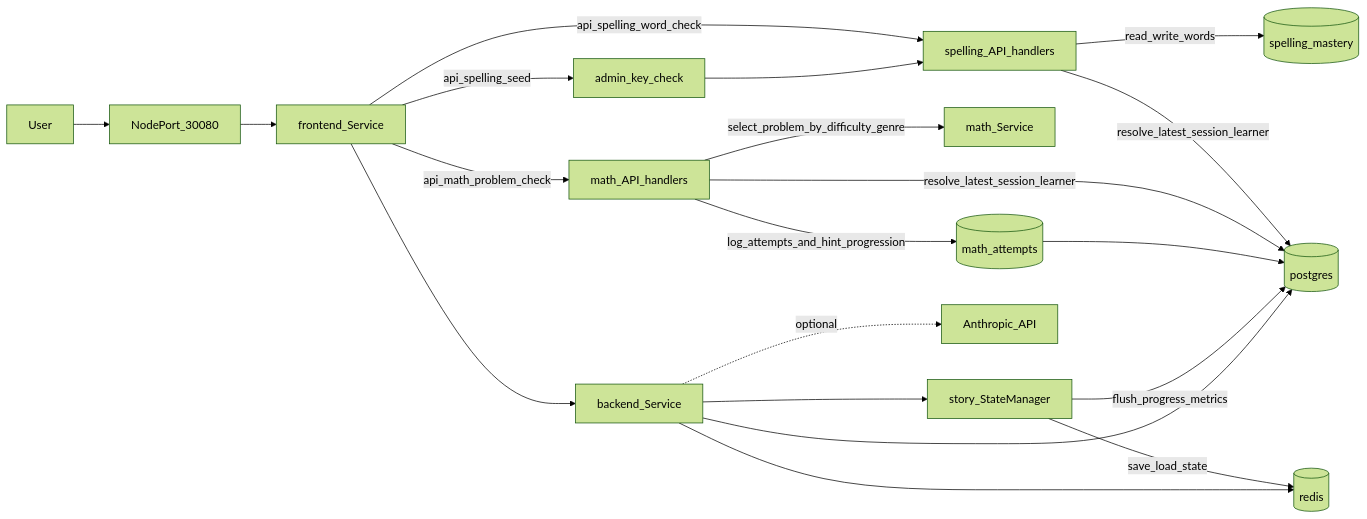
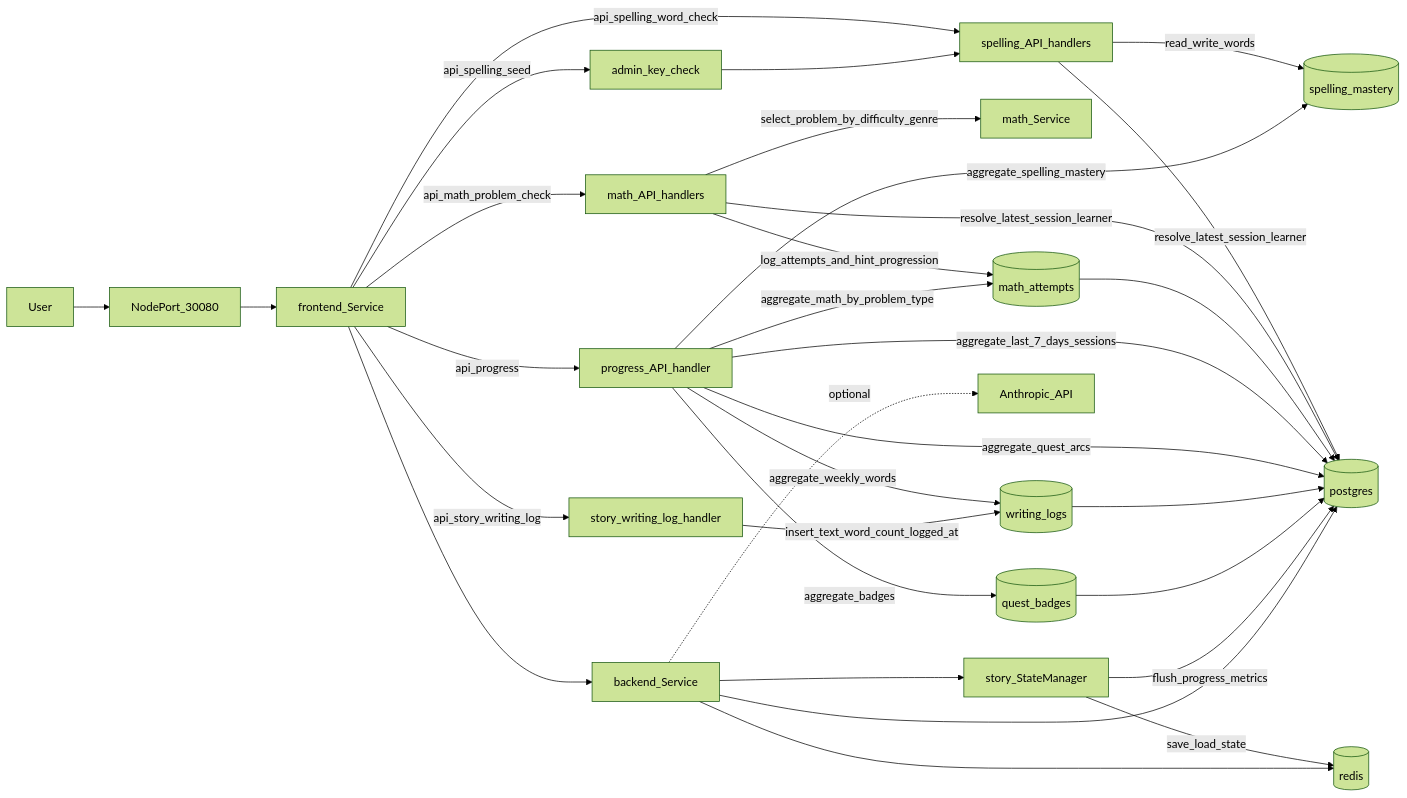
Before and after one commit to protektiq/questmode: the first of 4 diagrams in DATA_FLOW.md, drawn with Mermaid (forest theme). The commit also changed other lines of this file and 14 other files, not shown here.

````diff
--- a/DATA_FLOW.md
+++ b/DATA_FLOW.md
@@ -5,36 +5,51 @@
 ```mermaid
 flowchart LR
   user[User]
   np[NodePort_30080]
   fe[frontend_Service]
   be[backend_Service]
   spellingApi[spelling_API_handlers]
   mathApi[math_API_handlers]
+  progressApi[progress_API_handler]
+  writingApi[story_writing_log_handler]
   mathService[math_Service]
   storyEngine[story_StateManager]
   adminGate[admin_key_check]
   spelling[(spelling_mastery)]
   mathAttempts[(math_attempts)]
+  questBadges[(quest_badges)]
+  writingLogs[(writing_logs)]
   pg[(postgres)]
   rd[(redis)]
   anthropic[Anthropic_API]
   user --> np
   np --> fe
   fe --> be
   fe -->|api_spelling_word_check| spellingApi
   fe -->|api_spelling_seed| adminGate
   fe -->|api_math_problem_check| mathApi
+  fe -->|api_progress| progressApi
+  fe -->|api_story_writing_log| writingApi
   adminGate --> spellingApi
   spellingApi -->|resolve_latest_session_learner| pg
   spellingApi -->|read_write_words| spelling
   mathApi -->|select_problem_by_difficulty_genre| mathService
   mathApi -->|resolve_latest_session_learner| pg
   mathApi -->|log_attempts_and_hint_progression| mathAttempts
   mathAttempts --> pg
+  progressApi -->|aggregate_last_7_days_sessions| pg
+  progressApi -->|aggregate_spelling_mastery| spelling
+  progressApi -->|aggregate_math_by_problem_type| mathAttempts
+  progressApi -->|aggregate_quest_arcs| pg
+  progressApi -->|aggregate_badges| questBadges
+  progressApi -->|aggregate_weekly_words| writingLogs
+  writingApi -->|insert_text_word_count_logged_at| writingLogs
+  writingLogs --> pg
+  questBadges --> pg
   be --> storyEngine
   storyEngine -->|save_load_state| rd
   storyEngine -->|flush_progress_metrics| pg
   be --> pg
   be --> rd
   be -. optional .-> anthropic
 ```
````
